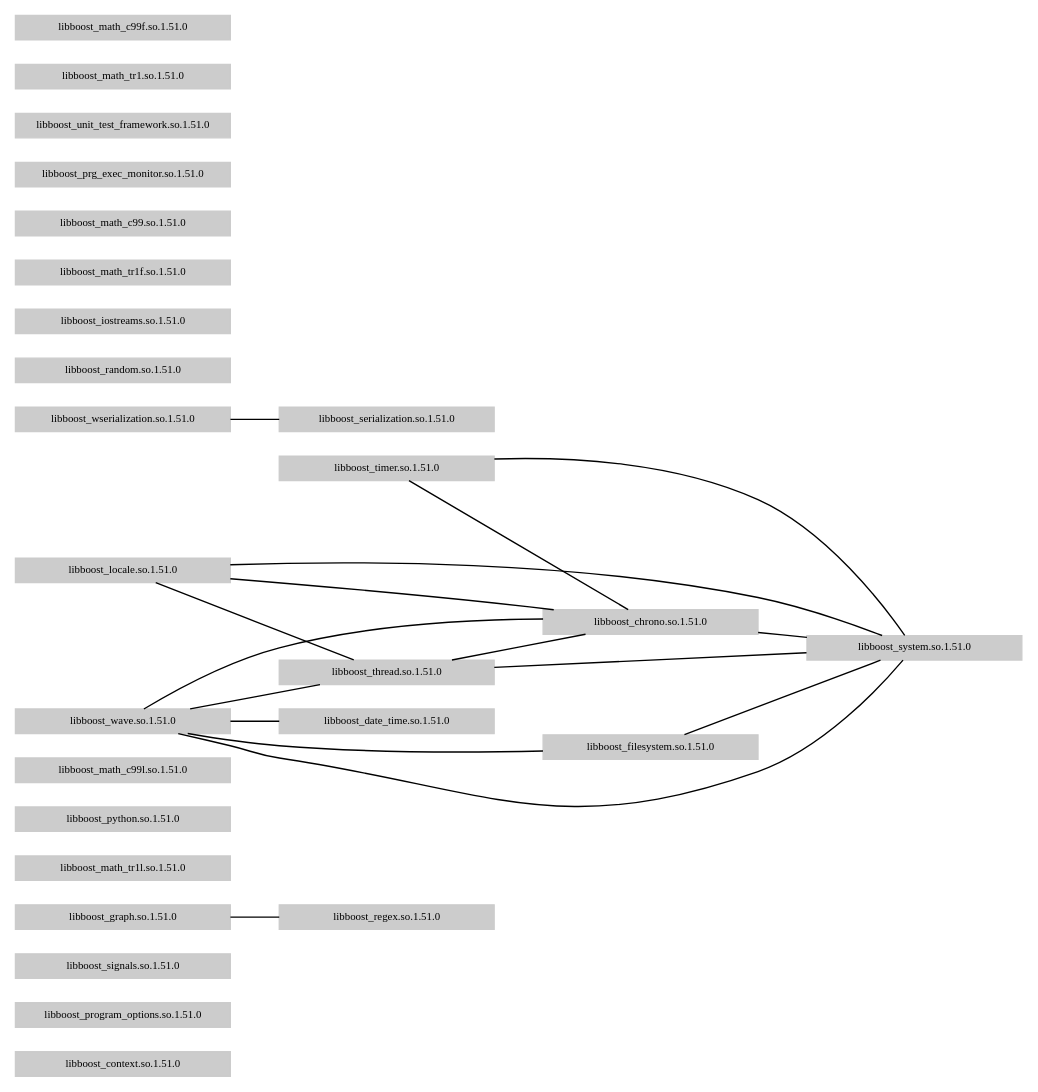
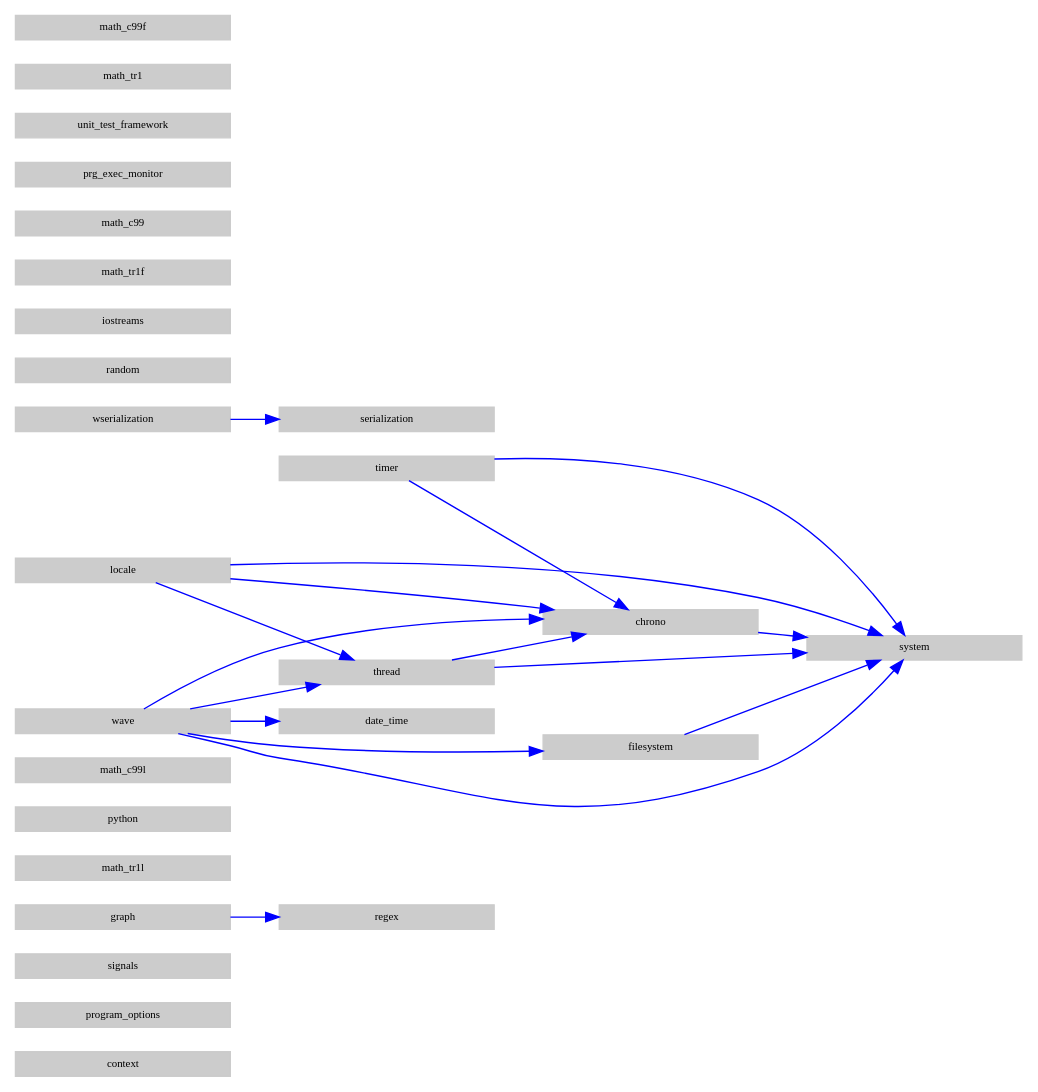
The diagram in boost-dep-tree.dot (mbohun/mbohun_graph-experiments), drawn with Graphviz before and after one commit.

Commit message:
changed to digraph, and adj. list in order to get arrows working

```diff
--- a/boost-dep-tree.dot
+++ b/boost-dep-tree.dot
@@ -1,92 +1,102 @@
 /*
 
 martin@yobbo:/usr/local/boost_1_51_0/lib$ find -P ./ -type f -name "*.so*" | xargs ldd | grep boost|sed -e "s/://g" -e "s/ => not found//g"
 ./libboost_context.so.1.51.0
 ./libboost_program_options.so.1.51.0
 ./libboost_signals.so.1.51.0
 ./libboost_regex.so.1.51.0
 ./libboost_math_tr1l.so.1.51.0
 ./libboost_graph.so.1.51.0
         libboost_regex.so.1.51.0
 ./libboost_python.so.1.51.0
 ./libboost_math_c99l.so.1.51.0
 ./libboost_system.so.1.51.0
 ./libboost_serialization.so.1.51.0
 ./libboost_random.so.1.51.0
 ./libboost_iostreams.so.1.51.0
 ./libboost_chrono.so.1.51.0
         libboost_system.so.1.51.0
 ./libboost_timer.so.1.51.0
         libboost_chrono.so.1.51.0
         libboost_system.so.1.51.0
 ./libboost_thread.so.1.51.0
         libboost_chrono.so.1.51.0
         libboost_system.so.1.51.0
 ./libboost_filesystem.so.1.51.0
         libboost_system.so.1.51.0
 ./libboost_date_time.so.1.51.0
 ./libboost_math_tr1f.so.1.51.0
 ./libboost_math_c99.so.1.51.0
 ./libboost_prg_exec_monitor.so.1.51.0
 ./libboost_unit_test_framework.so.1.51.0
 ./libboost_locale.so.1.51.0
         libboost_thread.so.1.51.0
         libboost_chrono.so.1.51.0
         libboost_system.so.1.51.0
 ./libboost_math_tr1.so.1.51.0
 ./libboost_wave.so.1.51.0
         libboost_date_time.so.1.51.0
         libboost_thread.so.1.51.0
         libboost_chrono.so.1.51.0
         libboost_filesystem.so.1.51.0
         libboost_system.so.1.51.0
 ./libboost_math_c99f.so.1.51.0
 ./libboost_wserialization.so.1.51.0
         libboost_serialization.so.1.51.0
 
 dot -Tsvg boost-dep-tree.dot -o boost-dep-tree.dot.svg
 
 http://users.on.net/~mbohun/src/boost-dep-tree.dot.svg
 
 */
 
-graph boost {
-	rankdir=LR
-	
+digraph boost {
+	rankdir=LR;
+
 	node [shape=box,
 	      style=filled,
 	      fillcolor=gray80,
 	      color=gray80,
 	      fixedsize=true,
 	      height=0.25,
 	      width=2.2,
 	      fontcolor=black,
 	      fontsize=8];
 
-	"libboost_context.so.1.51.0"             -- {};
-	"libboost_program_options.so.1.51.0"     -- {};
-	"libboost_signals.so.1.51.0"             -- {};
-	"libboost_regex.so.1.51.0"               -- {};
-        "libboost_math_tr1l.so.1.51.0"           -- {};
-	"libboost_graph.so.1.51.0"               -- { "libboost_regex.so.1.51.0" };
-	"libboost_python.so.1.51.0"              -- {};
-	"libboost_math_c99l.so.1.51.0"           -- {};
-	"libboost_system.so.1.51.0"              -- {};
-	"libboost_serialization.so.1.51.0"       -- {};
-	"libboost_random.so.1.51.0"              -- {};
-	"libboost_iostreams.so.1.51.0"           -- {};
-	"libboost_chrono.so.1.51.0"              -- { "libboost_system.so.1.51.0" };
-	"libboost_timer.so.1.51.0"               -- { "libboost_chrono.so.1.51.0"; "libboost_system.so.1.51.0" };
-	"libboost_thread.so.1.51.0"              -- { "libboost_chrono.so.1.51.0"; "libboost_system.so.1.51.0" };
-	"libboost_filesystem.so.1.51.0"          -- { "libboost_system.so.1.51.0" };
-	"libboost_date_time.so.1.51.0"           -- {};
-	"libboost_math_tr1f.so.1.51.0"           -- {};
-	"libboost_math_c99.so.1.51.0"            -- {};
-	"libboost_prg_exec_monitor.so.1.51.0"    -- {};
-	"libboost_unit_test_framework.so.1.51.0" -- {};
-	"libboost_locale.so.1.51.0"              -- { "libboost_thread.so.1.51.0"; "libboost_chrono.so.1.51.0"; "libboost_system.so.1.51.0" };
-	"libboost_math_tr1.so.1.51.0"            -- {};
-	"libboost_wave.so.1.51.0"                -- { "libboost_date_time.so.1.51.0"; "libboost_thread.so.1.51.0"; "libboost_chrono.so.1.51.0"; "libboost_filesystem.so.1.51.0"; "libboost_system.so.1.51.0" };
-	"libboost_math_c99f.so.1.51.0"           -- {};
-	"libboost_wserialization.so.1.51.0"      -- { "libboost_serialization.so.1.51.0"};
+	edge [color=blue, arrowhead=normal, arrowsize=1];
+
+	"context"
+	"program_options"
+	"signals"
+	"regex"
+        "math_tr1l"
+	"graph"               -> "regex"
+	"python"
+	"math_c99l"
+	"system"
+	"serialization"
+	"random"
+	"iostreams"
+	"chrono"              -> "system"
+	"timer"               -> "chrono"
+	"timer"               -> "system"	
+	"thread"              -> "chrono"
+	"thread"              -> "system"	
+	"filesystem"          -> "system"
+	"date_time"
+	"math_tr1f"
+	"math_c99"
+	"prg_exec_monitor"
+	"unit_test_framework"
+	"locale"              -> "thread"
+	"locale"              -> "chrono"
+	"locale"              -> "system"	
+	"math_tr1"
+	"wave"                -> "date_time"
+	"wave"                -> "thread"
+	"wave"                -> "chrono"
+	"wave"                -> "filesystem"
+	"wave"                -> "system"	
+	"math_c99f"
+	"wserialization"      -> "serialization"
 }
```
